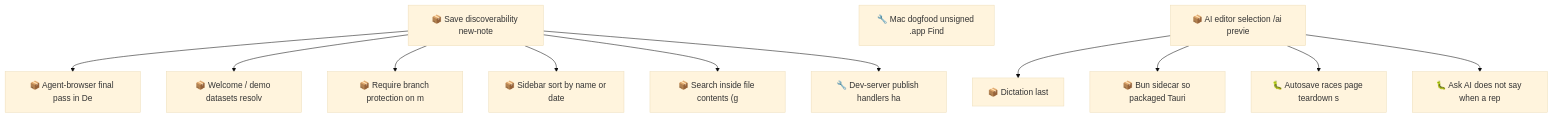
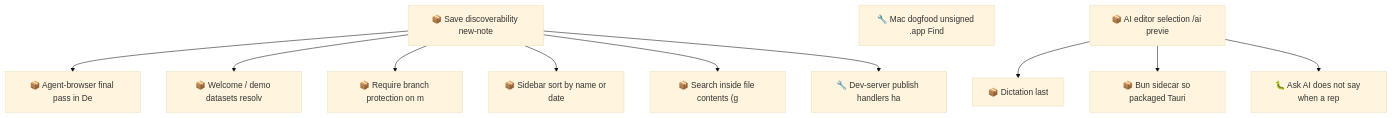
The second of 2 diagrams in docs/roadmap.md (SpillwaveSolutions/motion), drawn with Mermaid (base theme) before and after one commit. The commit also changed other lines of this file and 20 other files, not shown here.

````diff
--- a/docs/roadmap.md
+++ b/docs/roadmap.md
@@ -118,26 +114,24 @@
 ```mermaid
 graph TD
     01KYQYYN3SBWDT25TC6H3G4EAA["📦 Save discoverability new-note"]
     01KYQYYN3T2SSGG33ESEWPXKH8["📦 Agent-browser final pass in De"]
     01KYQYYN3T3VB8RCTMJJ13FK2H["📦 Welcome / demo datasets resolv"]
     01KYQYYN3T731B57N8NXQ8C0FQ["📦 Require branch protection on m"]
     01KYQYYN3TA69K8848E483HC82["📦 Sidebar sort by name or date"]
     01KYQYYN3TKW93D9SVW07VKFZY["📦 Search inside file contents (g"]
     01M18Q560MPAYQJTA0W6F4DAW3["🔧 Mac dogfood unsigned .app Find"]
     01M18R79ZM90HJ0MBG3CX6VW7E["📦 Dictation last"]
     01M18R79ZMN53CMV76JFHKVEFN["📦 AI editor selection /ai previe"]
     01M19Z6Z3XQZ03EYNXKKBG5WK7["📦 Bun sidecar so packaged Tauri"]
-    01M1ABYDSANE2N1W2HDTF350EV["🐛 Autosave races page teardown s"]
     01M1ABZH14RJDDJ7M7HT3TZKYW["🐛 Ask AI does not say when a rep"]
     01M1ABZH2F573CM32N93NDMAGB["🔧 Dev-server publish handlers ha"]
     01KYQYYN3SBWDT25TC6H3G4EAA --> 01KYQYYN3T2SSGG33ESEWPXKH8
     01KYQYYN3SBWDT25TC6H3G4EAA --> 01KYQYYN3T3VB8RCTMJJ13FK2H
     01KYQYYN3SBWDT25TC6H3G4EAA --> 01KYQYYN3T731B57N8NXQ8C0FQ
     01KYQYYN3SBWDT25TC6H3G4EAA --> 01KYQYYN3TA69K8848E483HC82
     01KYQYYN3SBWDT25TC6H3G4EAA --> 01KYQYYN3TKW93D9SVW07VKFZY
     01M18R79ZMN53CMV76JFHKVEFN --> 01M18R79ZM90HJ0MBG3CX6VW7E
     01M18R79ZMN53CMV76JFHKVEFN --> 01M19Z6Z3XQZ03EYNXKKBG5WK7
-    01M18R79ZMN53CMV76JFHKVEFN --> 01M1ABYDSANE2N1W2HDTF350EV
     01M18R79ZMN53CMV76JFHKVEFN --> 01M1ABZH14RJDDJ7M7HT3TZKYW
     01KYQYYN3SBWDT25TC6H3G4EAA --> 01M1ABZH2F573CM32N93NDMAGB
 ```
````
